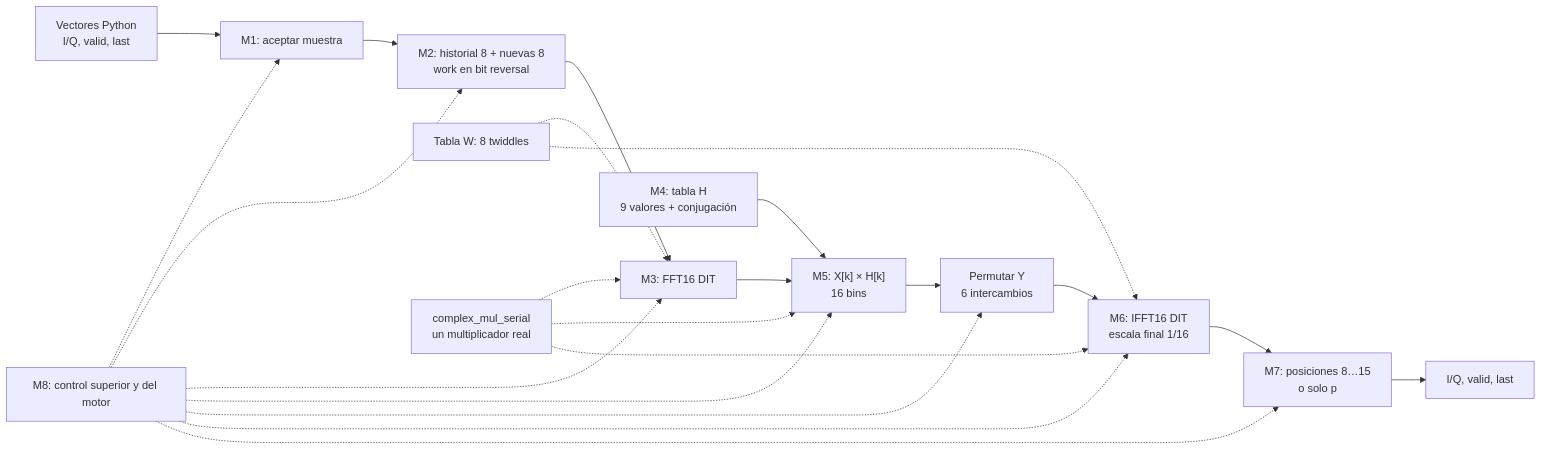
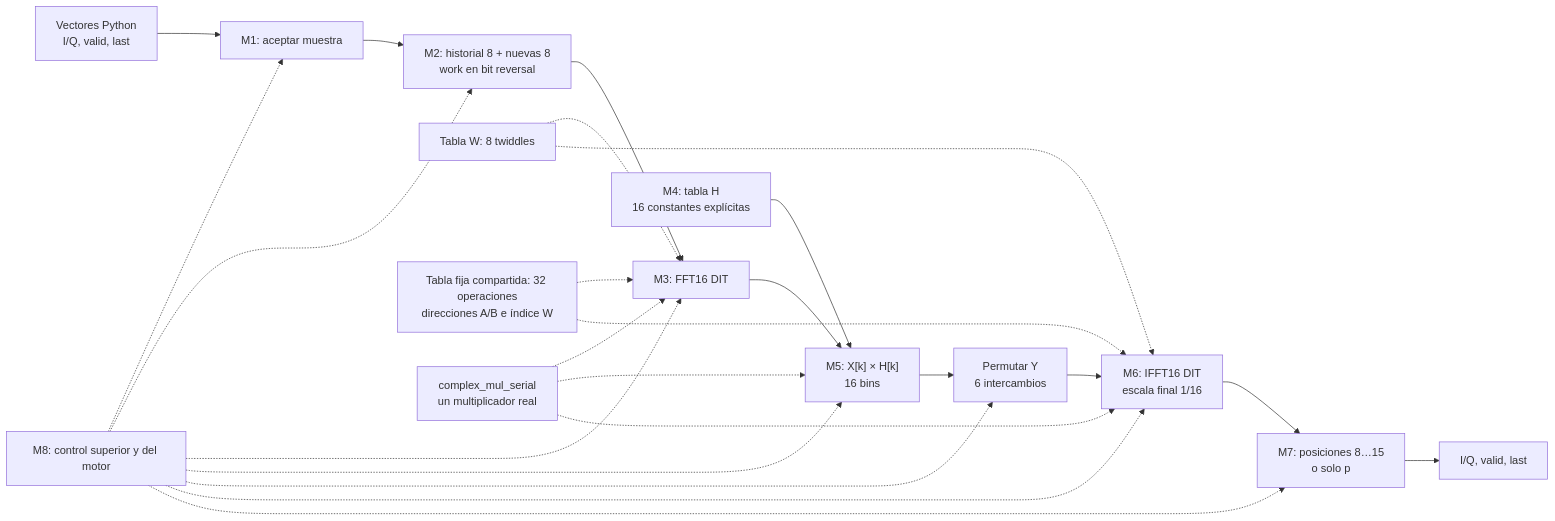
The first of 2 diagrams in docs/arquitectura-rtl-frecuencia-serial.md (EnzoFernandezz11/rrc-fir-rtl), drawn with Mermaid before and after one commit. The commit also changed other lines of this file and 4 other files, not shown here.

````diff
--- a/docs/arquitectura-rtl-frecuencia-serial.md
+++ b/docs/arquitectura-rtl-frecuencia-serial.md
@@ -86,24 +163,26 @@
 ```mermaid
 flowchart LR
     V["Vectores Python<br/>I/Q, valid, last"] --> IN["M1: aceptar muestra"]
     IN --> WIN["M2: historial 8 + nuevas 8<br/>work en bit reversal"]
     WIN --> FFT["M3: FFT16 DIT"]
     FFT --> MUL["M5: X[k] × H[k]<br/>16 bins"]
-    H["M4: tabla H<br/>9 valores + conjugación"] --> MUL
+    H["M4: tabla H<br/>16 constantes explícitas"] --> MUL
     MUL --> BR["Permutar Y<br/>6 intercambios"]
     BR --> IFFT["M6: IFFT16 DIT<br/>escala final 1/16"]
     IFFT --> SEL["M7: posiciones 8…15<br/>o solo p"]
     SEL --> OUT["I/Q, valid, last"]
     CTRL["M8: control superior y del motor"] -.-> IN
     CTRL -.-> WIN
     CTRL -.-> FFT
     CTRL -.-> MUL
     CTRL -.-> BR
     CTRL -.-> IFFT
     CTRL -.-> SEL
     W["Tabla W: 8 twiddles"] -.-> FFT
     W -.-> IFFT
+    OPS["Tabla fija compartida: 32 operaciones<br/>direcciones A/B e índice W"] -.-> FFT
+    OPS -.-> IFFT
     RM["complex_mul_serial<br/>un multiplicador real"] -.-> FFT
     RM -.-> MUL
     RM -.-> IFFT
 ```
````
